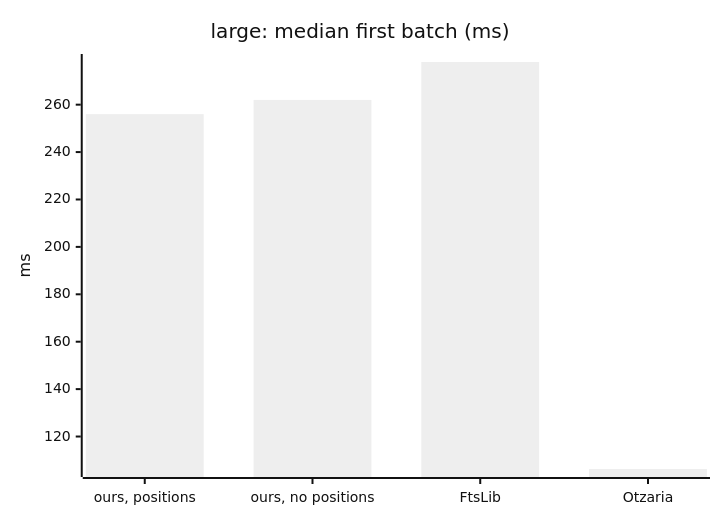
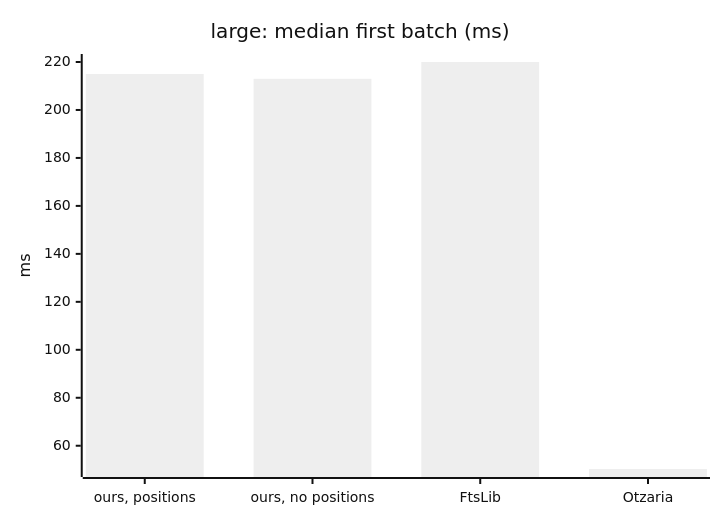
The fourth of 11 diagrams in FTS-SPECS-AND-COMPARISONS.md (KleiKodesh/SeforimLibrarySearchEngine), drawn with Mermaid (neutral theme) before and after one commit. The commit also changed other lines of this file and 35 other files, not shown here.

````diff
--- a/FTS-SPECS-AND-COMPARISONS.md
+++ b/FTS-SPECS-AND-COMPARISONS.md
@@ -146,7 +140,7 @@
 ```mermaid
 xychart-beta
     title "large: median first batch (ms)"
     x-axis ["ours, positions", "ours, no positions", "FtsLib", "Otzaria"]
     y-axis "ms"
-    bar [256.00, 262.00, 278.00, 106.30]
+    bar [215.00, 213.00, 220.00, 50.30]
 ```
````
